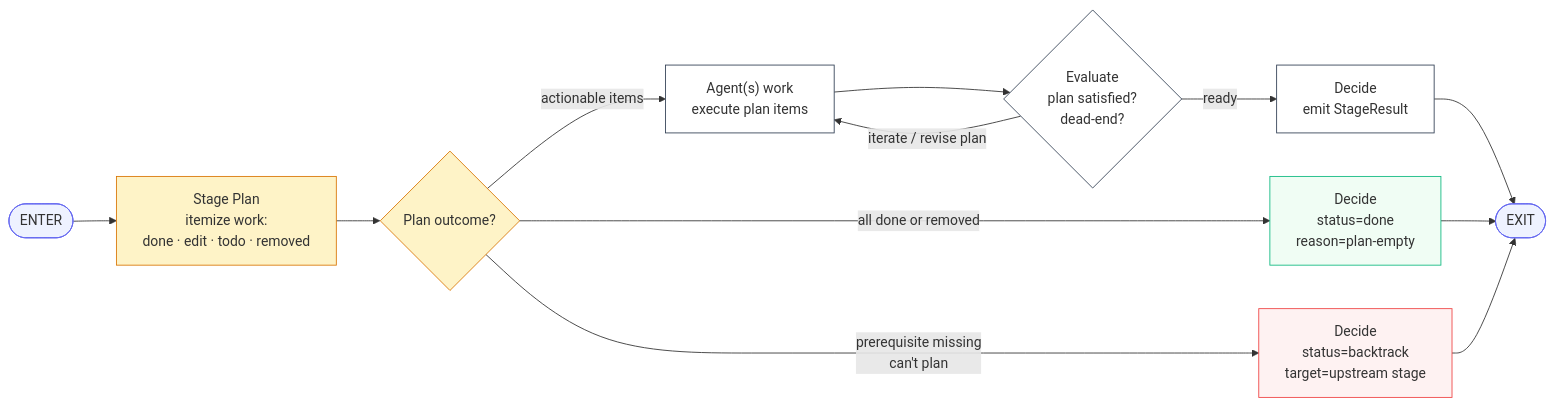
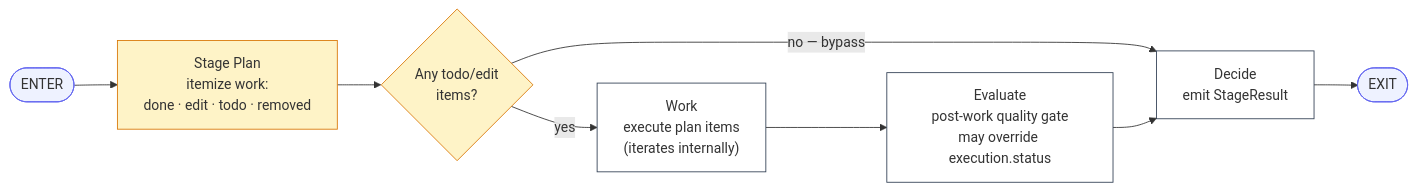
Before and after one commit to whats2000/AgentLabX: the second of 6 diagrams in docs/superpowers/specs/2026-04-12-agentlabx-platform-design.md, drawn with Mermaid. The commit also changed other lines of this file and 1 other file, not shown here.

````diff
--- a/docs/superpowers/specs/2026-04-12-agentlabx-platform-design.md
+++ b/docs/superpowers/specs/2026-04-12-agentlabx-platform-design.md
@@ -276,25 +276,17 @@
 ```mermaid
 flowchart LR
     ENTER([ENTER]) --> PLAN["Stage Plan<br/>itemize work:<br/>done · edit · todo · removed"]
-    PLAN --> GATE{Plan outcome?}
-    GATE -->|all done or removed| FAST["Decide<br/>status=done<br/>reason=plan-empty"]
-    GATE -->|prerequisite missing<br/>can't plan| BTOUT["Decide<br/>status=backtrack<br/>target=upstream stage"]
-    GATE -->|actionable items| WORK["Agent(s) work<br/>execute plan items"]
-    WORK --> EVAL{Evaluate<br/>plan satisfied?<br/>dead-end?}
-    EVAL -->|iterate / revise plan| WORK
-    EVAL -->|ready| DECIDE["Decide<br/>emit StageResult"]
+    PLAN --> GATE{Any todo/edit<br/>items?}
+    GATE -->|no — bypass| DECIDE
+    GATE -->|yes| WORK["Work<br/>execute plan items<br/>(iterates internally)"]
+    WORK --> EVAL["Evaluate<br/>post-work quality gate<br/>may override execution.status"]
+    EVAL --> DECIDE["Decide<br/>emit StageResult"]
     DECIDE --> EXIT([EXIT])
-    FAST --> EXIT
-    BTOUT --> EXIT
 
     classDef node fill:#fff,stroke:#334155;
     classDef term fill:#eef2ff,stroke:#6366f1;
-    classDef fast fill:#f0fdf4,stroke:#10b981;
     classDef plan fill:#fef3c7,stroke:#d97706;
-    classDef back fill:#fef2f2,stroke:#ef4444;
     class WORK,EVAL,DECIDE node;
     class ENTER,EXIT term;
-    class FAST fast;
     class PLAN,GATE plan;
-    class BTOUT back;
 ```
````
